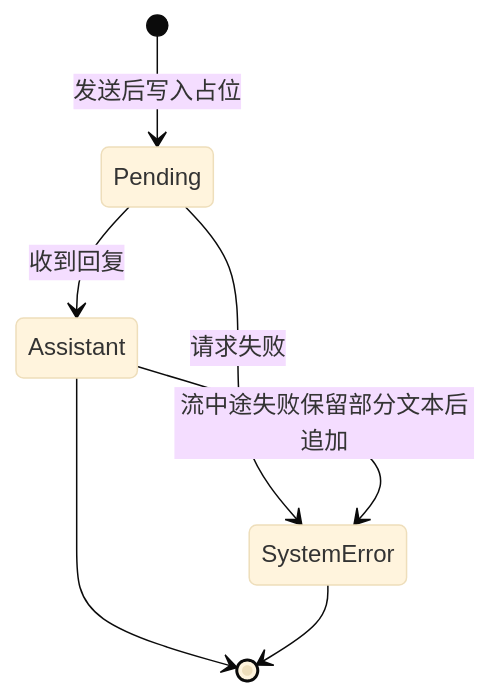
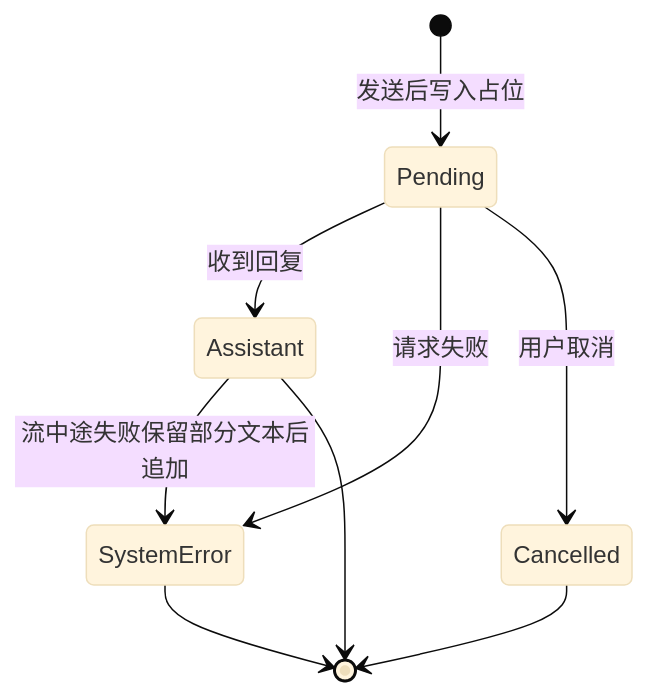
One commit to pppxxxy/easychat2 changed the third of 3 diagrams in .monkeycode/docs/ARCHITECTURE.md. Above: the diagram before and after it, drawn with Mermaid (base theme). The commit also changed other lines of this file and 7 other files, not shown here.

````diff
--- a/.monkeycode/docs/ARCHITECTURE.md
+++ b/.monkeycode/docs/ARCHITECTURE.md
@@ -196,9 +196,11 @@
 ```mermaid
 stateDiagram-v2
     [*] --> Pending: 发送后写入占位
     Pending --> Assistant: 收到回复
     Pending --> SystemError: 请求失败
+    Pending --> Cancelled: 用户取消
     Assistant --> SystemError: 流中途失败保留部分文本后追加
     Assistant --> [*]
+    Cancelled --> [*]
     SystemError --> [*]
 ```
````
